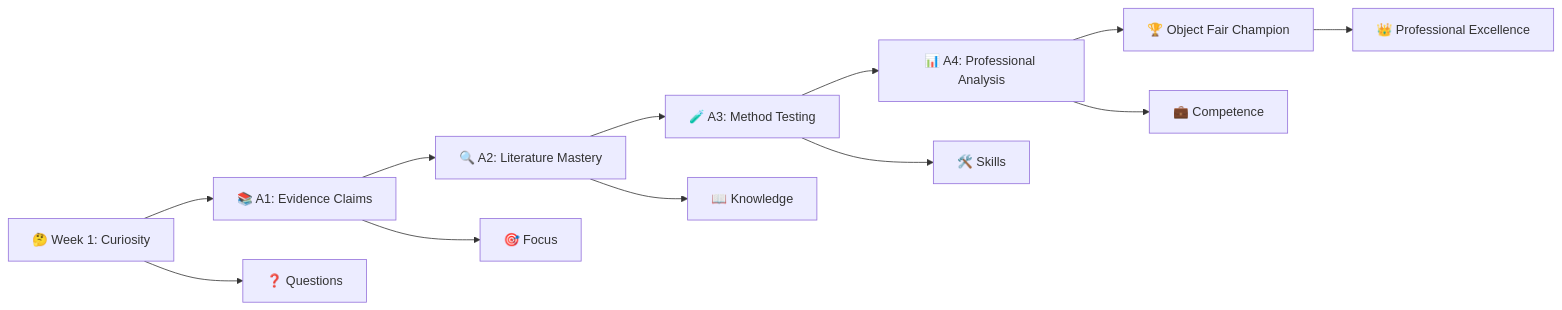
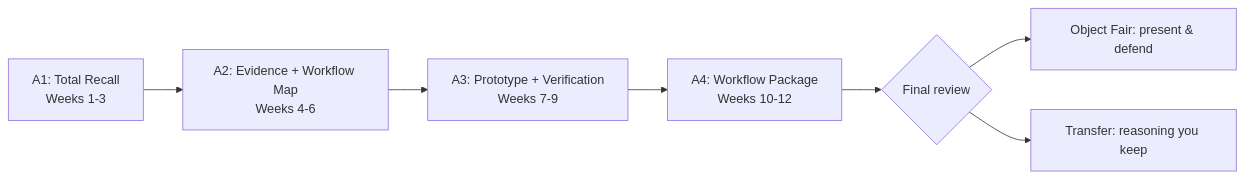
One commit to clementinec/ARCH7476 changed the first of 2 diagrams in weeks_v2/week-12.qmd. Above: the diagram before and after it, drawn with Mermaid. The commit also changed other lines of this file and 28 other files, not shown here.

````diff
--- a/weeks_v2/week-12.qmd
+++ b/weeks_v2/week-12.qmd
@@ -56,15 +54,9 @@
-```mermaid
-graph LR
-    A[🤔 Week 1: Curiosity] --> B[📚 A1: Evidence Claims]
-    B --> C[🔍 A2: Literature Mastery]
-    C --> D[🧪 A3: Method Testing]
-    D --> E[📊 A4: Professional Analysis]
-    E --> F[🏆 Object Fair Champion]
-    
-    A --> G[❓ Questions]
-    B --> H[🎯 Focus] 
-    C --> I[📖 Knowledge]
-    D --> J[🛠️ Skills]
-    E --> K[💼 Competence]
-    F --> L[👑 Professional Excellence]
+```{mermaid}
+flowchart LR
+    A[A1: Total Recall<br/>Weeks 1-3] --> B[A2: Evidence + Workflow Map<br/>Weeks 4-6]
+    B --> C[A3: Prototype + Verification<br/>Weeks 7-9]
+    C --> D[A4: Workflow Package<br/>Weeks 10-12]
+    D --> E{Final review}
+    E --> F[Object Fair: present & defend]
+    E --> G[Transfer: reasoning you keep]
 ```
````
